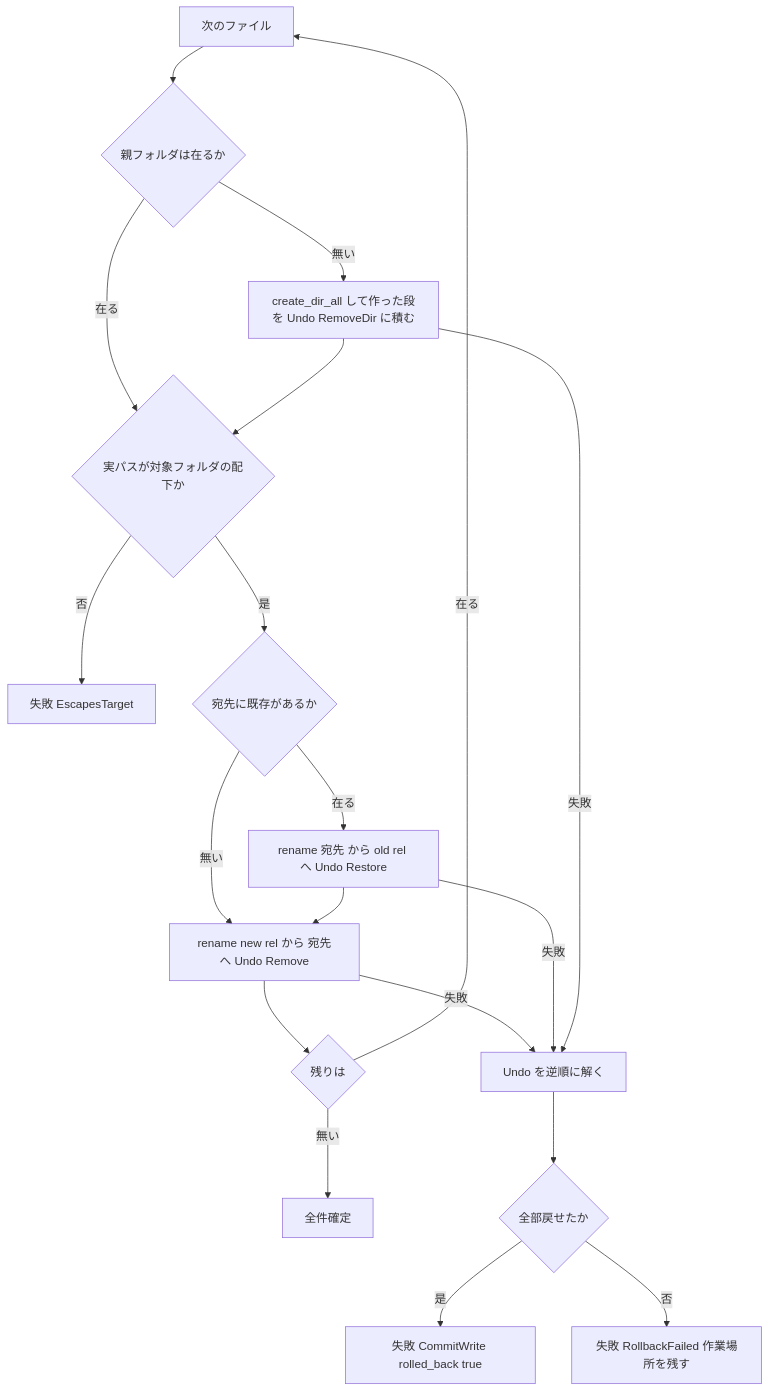
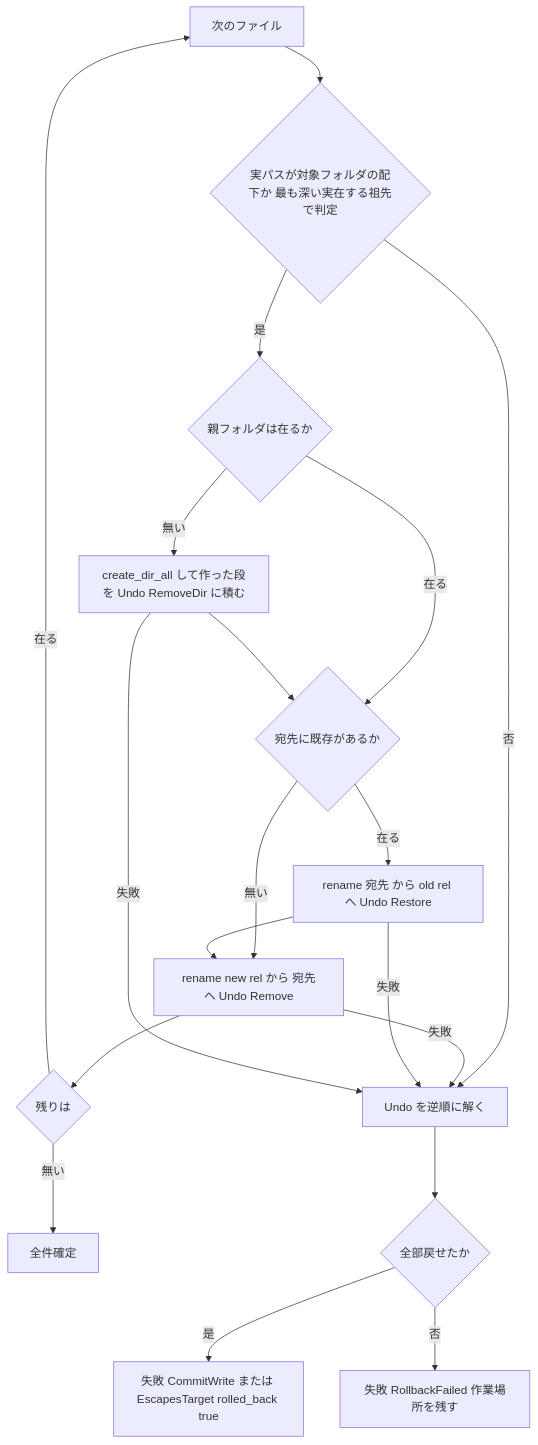
One commit to ekicyou/areka changed the third of 3 diagrams in .kiro/specs/areka-P0-update-engine/design.md. Above: the diagram before and after it, drawn with Mermaid. The commit also changed other lines of this file and 1 other file, not shown here.

````diff
--- a/.kiro/specs/areka-P0-update-engine/design.md
+++ b/.kiro/specs/areka-P0-update-engine/design.md
@@ -212,21 +214,21 @@
 ```mermaid
 flowchart TD
-    S[次のファイル] --> P{親フォルダは在るか}
+    S[次のファイル] --> CK{実パスが対象フォルダの配下か 最も深い実在する祖先で判定}
+    CK -- 否 --> UW
+    CK -- 是 --> P{親フォルダは在るか}
     P -- 無い --> MK[create_dir_all して作った段を Undo RemoveDir に積む]
-    P -- 在る --> CK
-    MK --> CK{実パスが対象フォルダの配下か}
-    CK -- 否 --> FAIL[失敗 EscapesTarget]
-    CK -- 是 --> EX{宛先に既存があるか}
+    P -- 在る --> EX
+    MK --> EX{宛先に既存があるか}
     EX -- 在る --> RT[rename 宛先 から old rel へ Undo Restore]
     EX -- 無い --> PL
     RT --> PL[rename new rel から 宛先へ Undo Remove]
     PL --> NX{残りは}
     NX -- 在る --> S
     NX -- 無い --> OK[全件確定]
     PL -- 失敗 --> UW[Undo を逆順に解く]
     RT -- 失敗 --> UW
     MK -- 失敗 --> UW
     UW --> RB{全部戻せたか}
-    RB -- 是 --> CW[失敗 CommitWrite rolled_back true]
+    RB -- 是 --> CW[失敗 CommitWrite または EscapesTarget rolled_back true]
     RB -- 否 --> RF[失敗 RollbackFailed 作業場所を残す]
 ```
````
